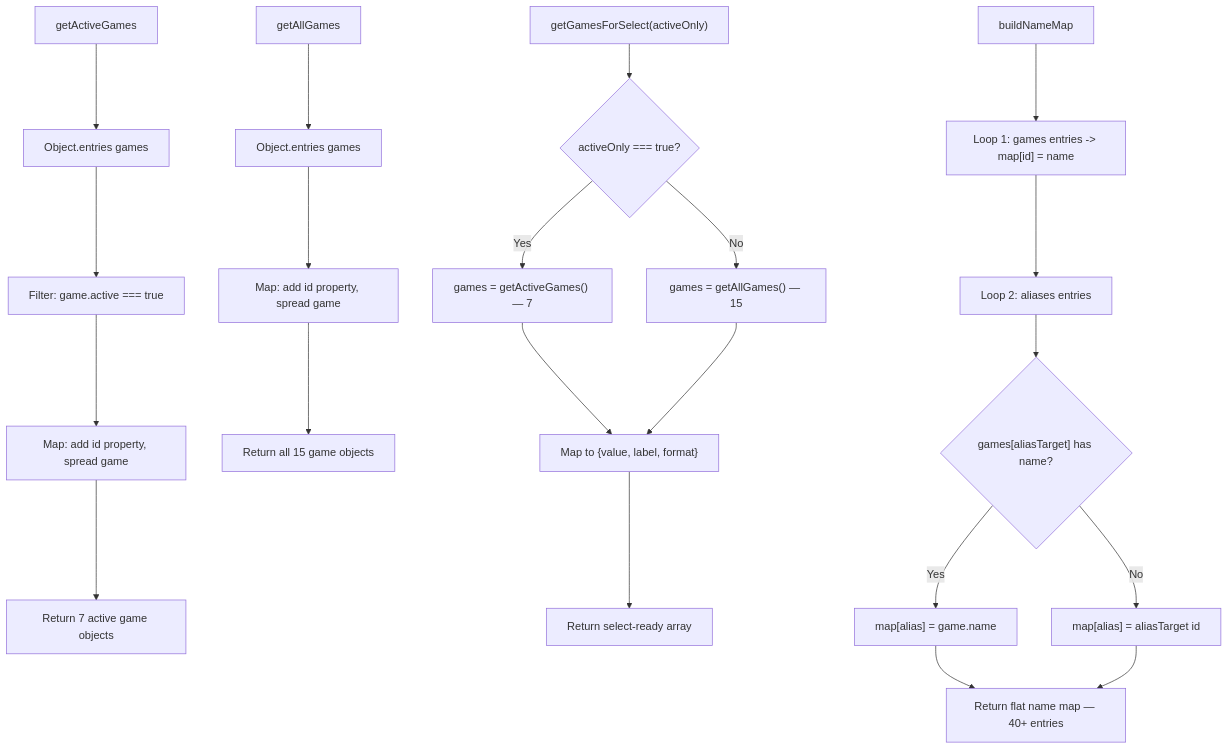
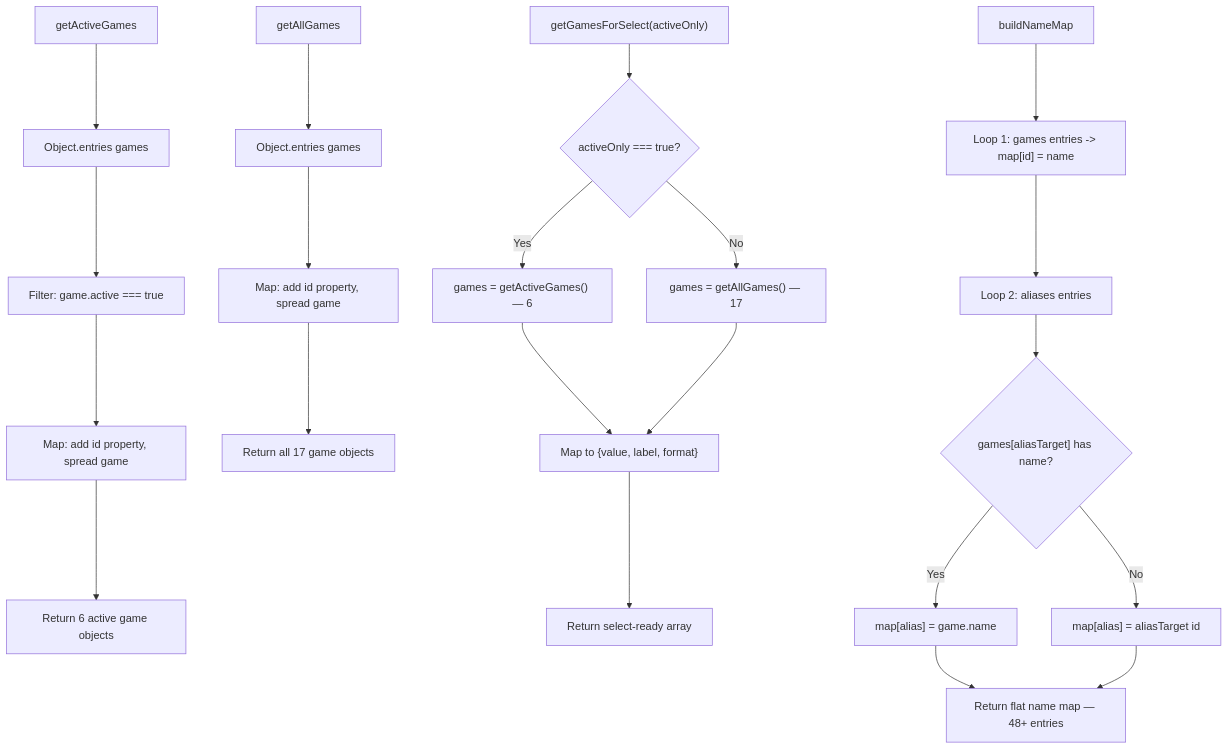
One commit to LNiitlahti/BoardGame changed the second of 2 diagrams in BoardGame/docs/architecture/games-config.md. Above: the diagram before and after it, drawn with Mermaid. The commit also changed other lines of this file and 19 other files, not shown here.

````diff
--- a/BoardGame/docs/architecture/games-config.md
+++ b/BoardGame/docs/architecture/games-config.md
@@ -49,26 +49,26 @@
 ```mermaid
 flowchart TD
     A[getActiveGames] --> B[Object.entries games]
     B --> C["Filter: game.active === true"]
     C --> D["Map: add id property, spread game"]
-    D --> E[Return 7 active game objects]
+    D --> E[Return 6 active game objects]
 
     F[getAllGames] --> G[Object.entries games]
     G --> H["Map: add id property, spread game"]
-    H --> I[Return all 15 game objects]
+    H --> I[Return all 17 game objects]
 
     J["getGamesForSelect(activeOnly)"] --> K{activeOnly === true?}
-    K -->|Yes| L["games = getActiveGames() — 7"]
-    K -->|No| M["games = getAllGames() — 15"]
+    K -->|Yes| L["games = getActiveGames() — 6"]
+    K -->|No| M["games = getAllGames() — 17"]
     L --> N["Map to {value, label, format}"]
     M --> N
     N --> O[Return select-ready array]
 
     P[buildNameMap] --> Q["Loop 1: games entries -> map[id] = name"]
     Q --> R[Loop 2: aliases entries]
     R --> S{"games[aliasTarget] has name?"}
     S -->|Yes| T["map[alias] = game.name"]
     S -->|No| U["map[alias] = aliasTarget id"]
-    T --> V["Return flat name map — 40+ entries"]
+    T --> V["Return flat name map — 48+ entries"]
     U --> V
 ```
````
